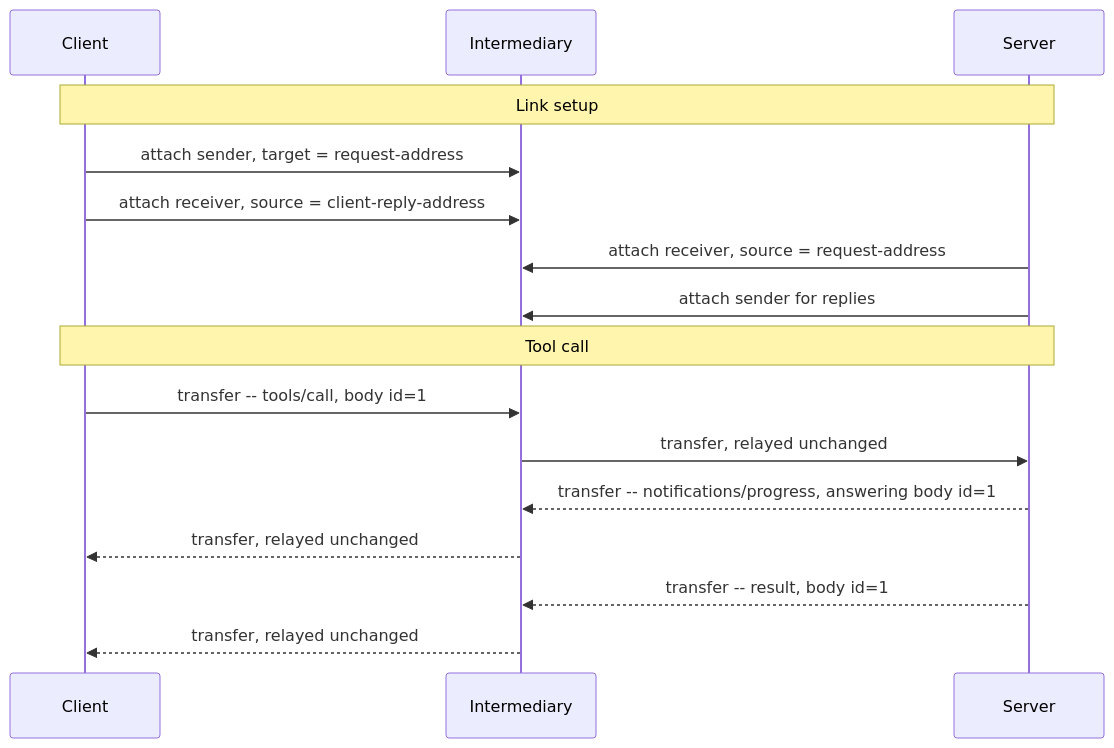
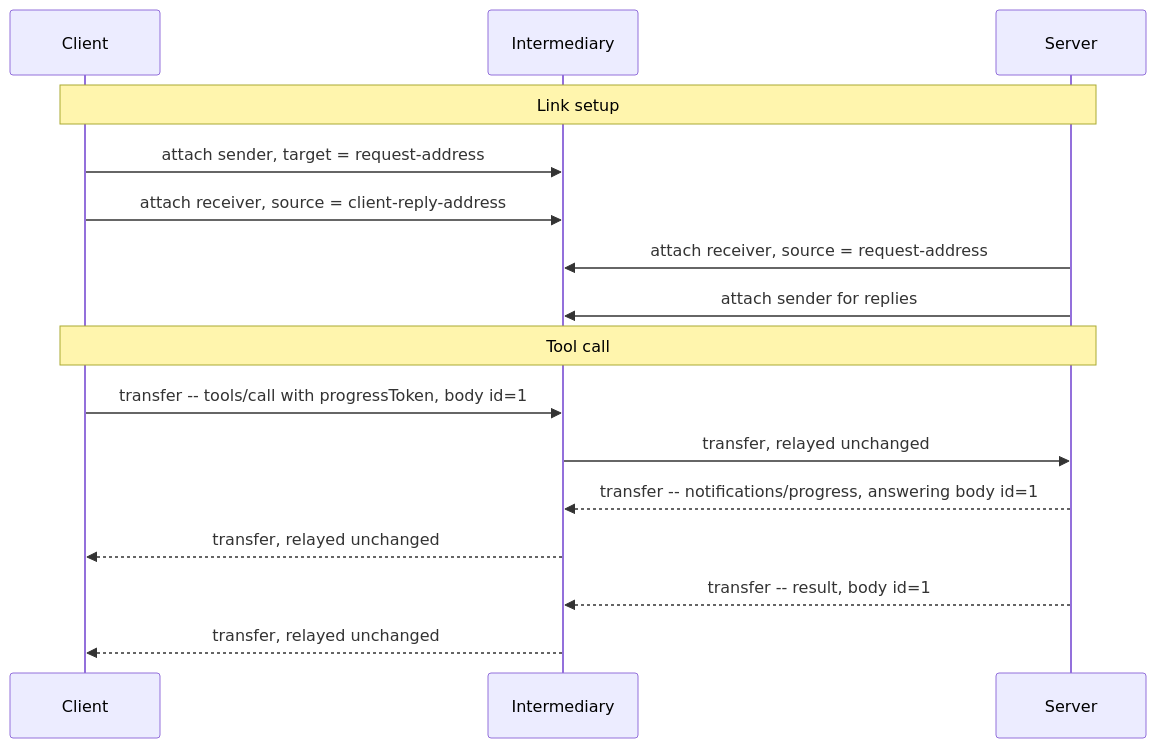
Before and after one commit to oasis-tcs/amqp-specs: the diagram in mcp/mcp-amqp-binding-spec.md, drawn with Mermaid. The commit also changed other lines of this file, not shown here.

````diff
--- a/mcp/mcp-amqp-binding-spec.md
+++ b/mcp/mcp-amqp-binding-spec.md
@@ -135,20 +128,20 @@
 ```mermaid
 sequenceDiagram
     participant C as Client
     participant I as Intermediary
     participant S as Server
 
     Note over C,S: Link setup
     C->>I: attach sender, target = request-address
     C->>I: attach receiver, source = client-reply-address
     S->>I: attach receiver, source = request-address
     S->>I: attach sender for replies
 
     Note over C,S: Tool call
-    C->>I: transfer -- tools/call, body id=1
+    C->>I: transfer -- tools/call with progressToken, body id=1
     I->>S: transfer, relayed unchanged
     S-->>I: transfer -- notifications/progress, answering body id=1
     I-->>C: transfer, relayed unchanged
     S-->>I: transfer -- result, body id=1
     I-->>C: transfer, relayed unchanged
 ```
````
